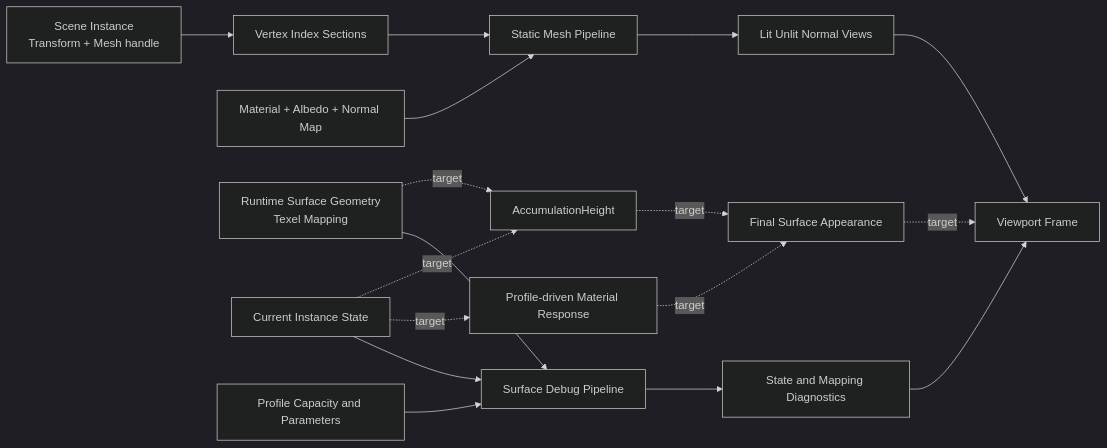
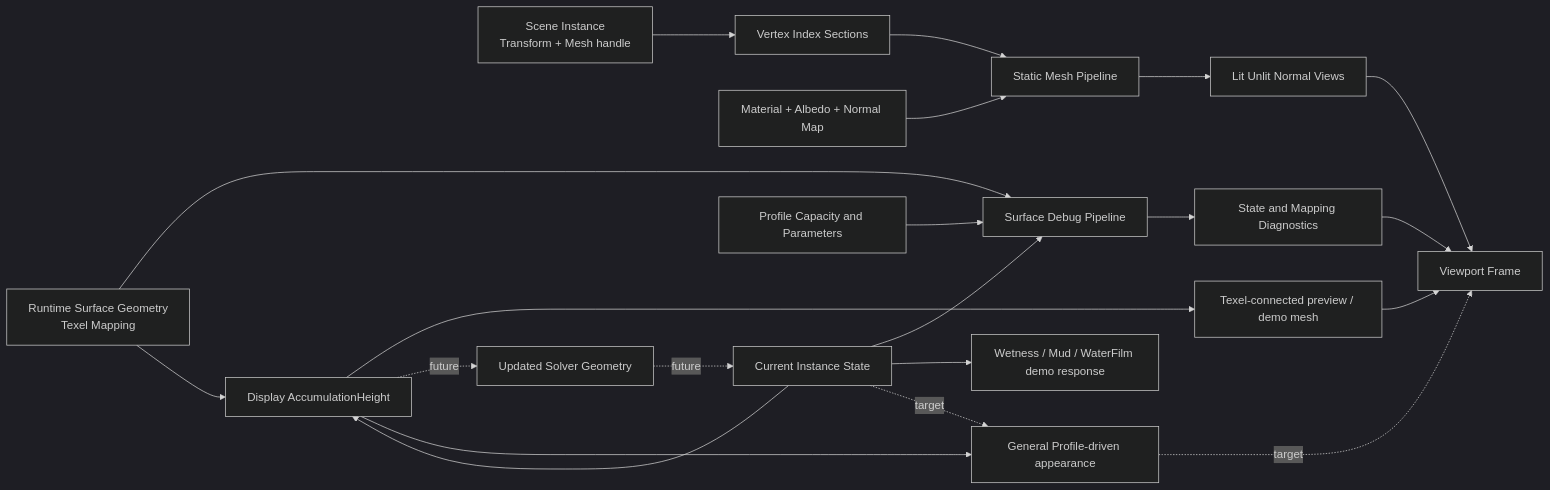
One commit to Yonaim/Material-Dependent-Surface-State-Engine changed the first of 3 diagrams in Docs/MDSSP-Vault/Flow-Maps/0004_Rendering-Flow.md. Above: the diagram before and after it, drawn with Mermaid (dark theme). The commit also changed other lines of this file and 12 other files, not shown here.

Commit message:
Docs: Geometry feedback 설계와 개발 기록 갱신

````diff
--- a/Docs/MDSSP-Vault/Flow-Maps/0004_Rendering-Flow.md
+++ b/Docs/MDSSP-Vault/Flow-Maps/0004_Rendering-Flow.md
@@ -11,22 +11,27 @@
 ```mermaid
 flowchart LR
   Scene["Scene Instance<br/>Transform + Mesh handle"] --> Mesh["Vertex Index Sections"]
   Material["Material + Albedo + Normal Map"] --> Static["Static Mesh Pipeline"]
   Mesh --> Static
   Static --> Base["Lit Unlit Normal Views"]
 
   Runtime["Runtime Surface Geometry<br/>Texel Mapping"] --> Debug["Surface Debug Pipeline"]
   State["Current Instance State"] --> Debug
   Profile["Profile Capacity and Parameters"] --> Debug
   Debug --> Diagnostic["State and Mapping Diagnostics"]
 
-  State -. target .-> Appearance["Profile-driven Material Response"]
-  State -. target .-> Height["AccumulationHeight"]
-  Runtime -. target .-> Height
-  Appearance -. target .-> Final["Final Surface Appearance"]
-  Height -. target .-> Final
+  State --> Demo["Wetness / Mud / WaterFilm demo response"]
+  State --> Height["Display AccumulationHeight"]
+  Runtime --> Height
+  Height --> TexelMesh["Texel-connected preview / demo mesh"]
+  TexelMesh --> Frame["Viewport Frame"]
+
+  Height -. future .-> Feedback["Updated Solver Geometry"]
+  Feedback -. future .-> State
+  State -. target .-> Final["General Profile-driven appearance"]
+  Height --> Final
 
   Base --> Frame["Viewport Frame"]
   Diagnostic --> Frame
   Final -. target .-> Frame
 ```
````
